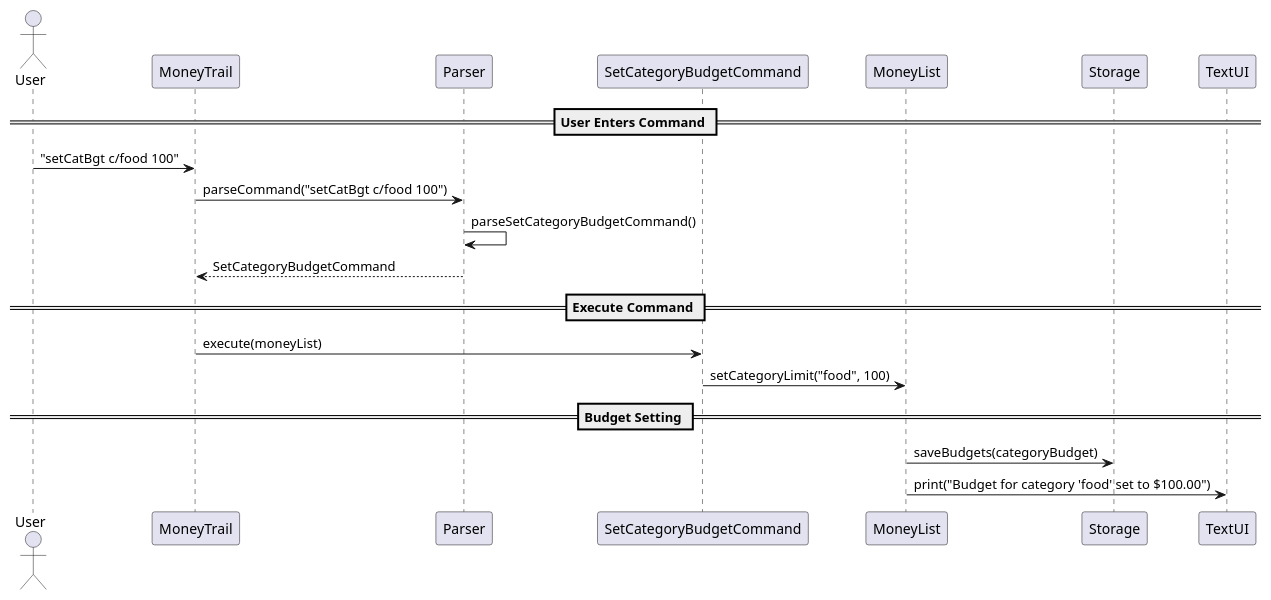
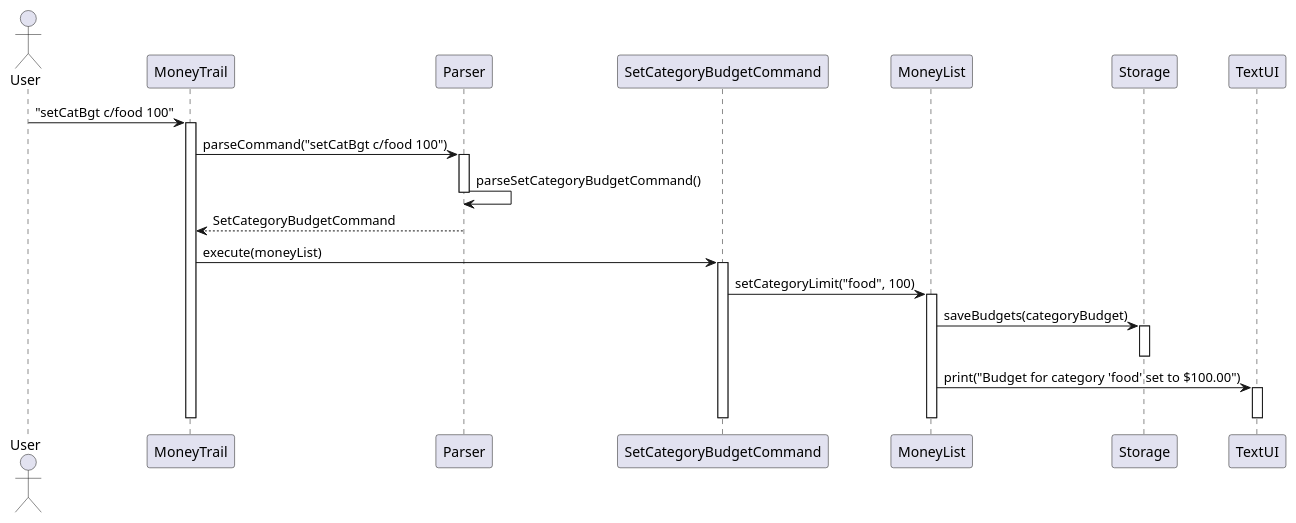
One commit to EdwinTun98/tp changed the diagram in docs/diagrams/Set_Category_Budget.puml. Above: the diagram before and after it, drawn with PlantUML. The commit also changed other lines of this file and 1 other file, not shown here.

```diff
--- a/docs/diagrams/Set_Category_Budget.puml
+++ b/docs/diagrams/Set_Category_Budget.puml
@@ -1,24 +1,35 @@
 @startuml
 actor User
 participant MoneyTrail
 participant Parser
 participant SetCategoryBudgetCommand
 participant MoneyList
 participant Storage
 participant TextUI
 
-== User Enters Command ==
 User -> MoneyTrail : "setCatBgt c/food 100"
+activate MoneyTrail
+
 MoneyTrail -> Parser : parseCommand("setCatBgt c/food 100")
+activate Parser
 Parser -> Parser : parseSetCategoryBudgetCommand()
+deactivate Parser
 Parser --> MoneyTrail : SetCategoryBudgetCommand
 
-== Execute Command ==
 MoneyTrail -> SetCategoryBudgetCommand : execute(moneyList)
+activate SetCategoryBudgetCommand
 SetCategoryBudgetCommand -> MoneyList : setCategoryLimit("food", 100)
+activate MoneyList
 
-== Budget Setting ==
 MoneyList -> Storage : saveBudgets(categoryBudget)
+activate Storage
+deactivate Storage
+
 MoneyList -> TextUI : print("Budget for category 'food' set to $100.00")
+activate TextUI
+deactivate TextUI
 
+deactivate MoneyList
+deactivate SetCategoryBudgetCommand
+deactivate MoneyTrail
 @enduml
```
